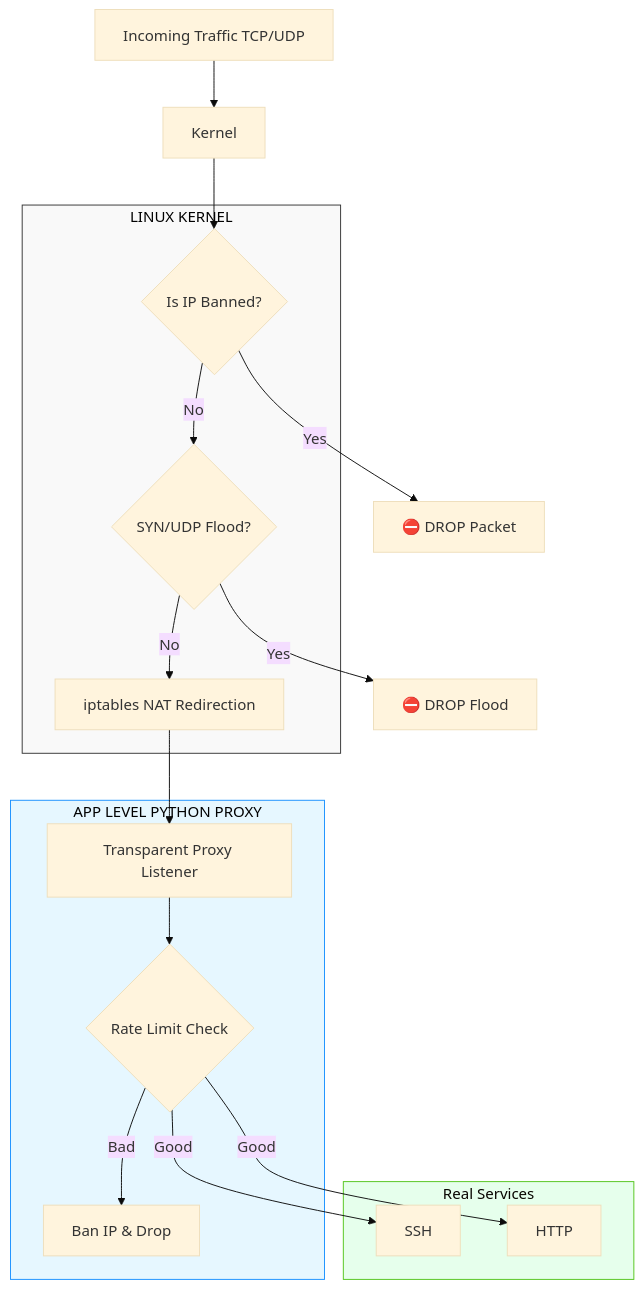
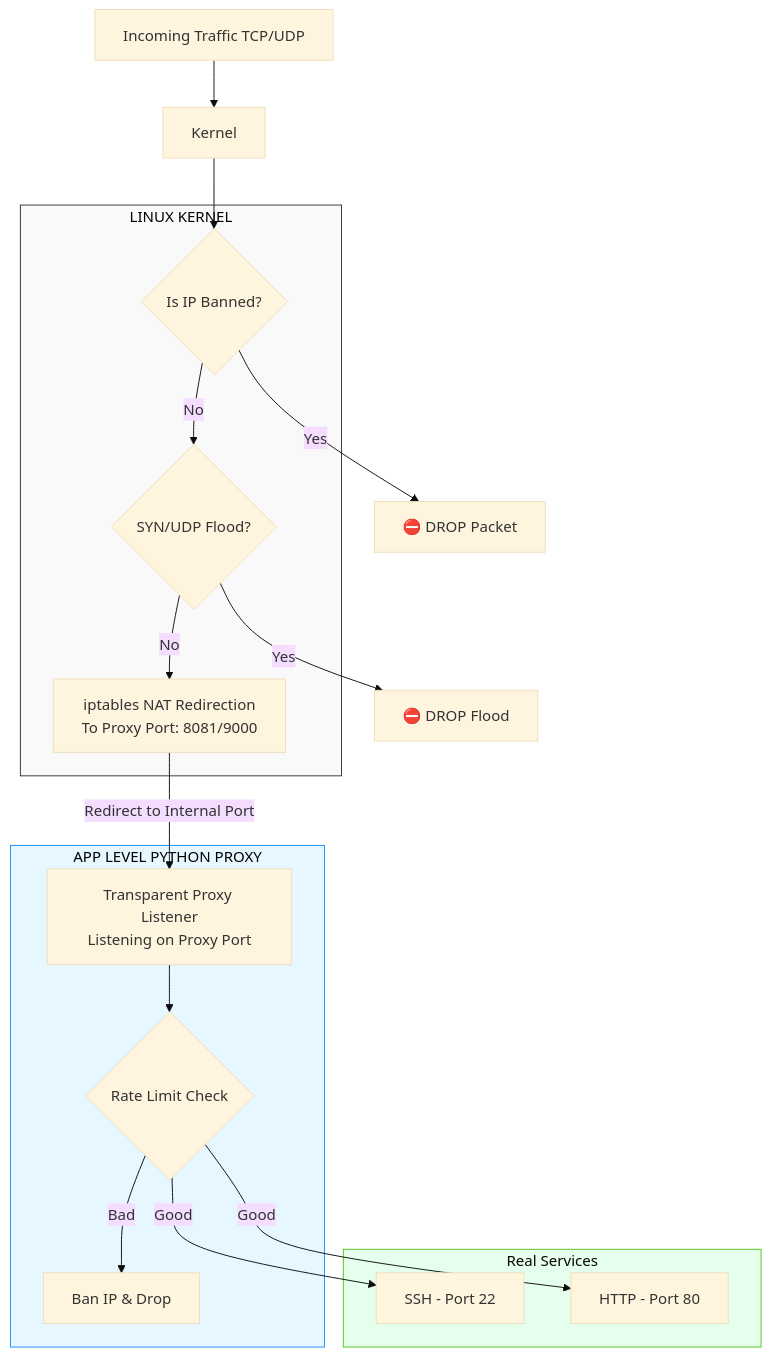
The diagram in PROJECT_MANUAL.md (keremincii/ddos-preventer-for-lan), drawn with Mermaid (base theme) before and after one commit. The commit also changed other lines of this file, not shown here.

Commit message:
Revise PROJECT_MANUAL.md for clarity and updates

````diff
--- a/PROJECT_MANUAL.md
+++ b/PROJECT_MANUAL.md
@@ -8,38 +8,40 @@
 ```mermaid
 graph TD
     Input[Incoming Traffic TCP/UDP] --> Kernel
     
     subgraph Linux_Kernel [LINUX KERNEL]
         style Linux_Kernel fill:#f9f9f9,stroke:#333,color:#000
         Blocklist{Is IP Banned?}
         FloodProt{SYN/UDP Flood?}
-        NAT[iptables NAT Redirection]
+        NAT[iptables NAT Redirection<br/>To Proxy Port: 8081/9000]
     end
 
     subgraph User_Space [APP LEVEL PYTHON PROXY]
         style User_Space fill:#e6f7ff,stroke:#1890ff,color:#000
-        ProxyList[Transparent Proxy Listener]
+        ProxyList[Transparent Proxy Listener<br/>Listening on Proxy Port]
         RateLimit{Rate Limit Check}
         Mitigation[Ban IP & Drop]
     end
 
     subgraph Services [Real Services]
         style Services fill:#e6ffec,stroke:#52c41a
-        SSH[SSH]
-        HTTP[HTTP]
+        SSH[SSH - Port 22]
+        HTTP[HTTP - Port 80]
     end
 
     %% Akış Mantığı
     Kernel --> Blocklist
     Blocklist -- Yes --> Drop1[⛔ DROP Packet]
     Blocklist -- No --> FloodProt
     
     FloodProt -- Yes --> Drop2[⛔ DROP Flood]
     FloodProt -- No --> NAT
     
-    NAT --> ProxyList
+    %% Buradaki geçiş port yönlendirmesini vurgular
+    NAT -- "Redirect to Internal Port" --> ProxyList
+    
     ProxyList --> RateLimit
     
     RateLimit -- Good --> SSH & HTTP
     RateLimit -- Bad --> Mitigation
 ```
````
